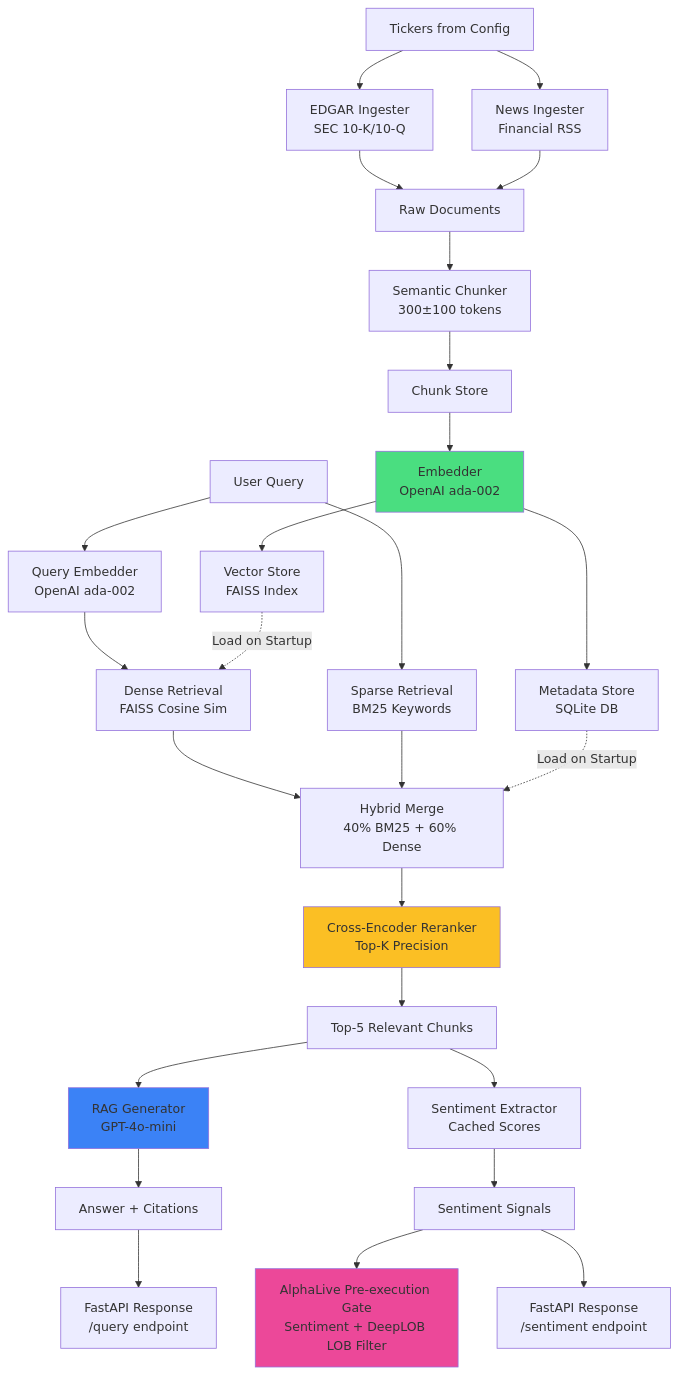
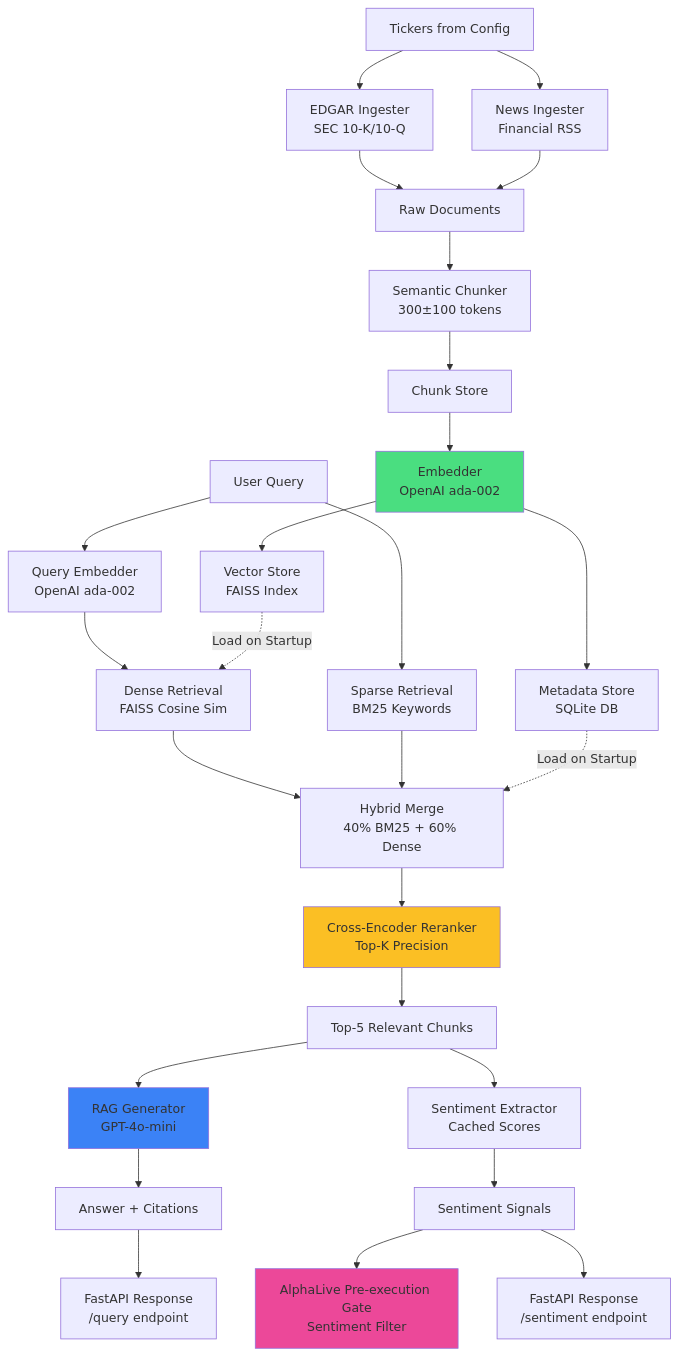
One commit to bernardoguterres/AlphaSignal changed the diagram in README.md. Above: the diagram before and after it, drawn with Mermaid. The commit also changed other lines of this file, not shown here.

Commit message:
docs: remove DeepLOB references (project removed from the system)

````diff
--- a/README.md
+++ b/README.md
@@ -7,35 +7,35 @@
 ```mermaid
 flowchart TD
     A[Tickers from Config] --> B[EDGAR Ingester<br/>SEC 10-K/10-Q]
     A --> C[News Ingester<br/>Financial RSS]
     B --> D[Raw Documents]
     C --> D
     D --> E[Semantic Chunker<br/>300±100 tokens]
     E --> F[Chunk Store]
     F --> G[Embedder<br/>OpenAI ada-002]
     G --> H[Vector Store<br/>FAISS Index]
     G --> I[Metadata Store<br/>SQLite DB]
     
     J[User Query] --> K[Query Embedder<br/>OpenAI ada-002]
     K --> L[Dense Retrieval<br/>FAISS Cosine Sim]
     J --> M[Sparse Retrieval<br/>BM25 Keywords]
     L --> N[Hybrid Merge<br/>40% BM25 + 60% Dense]
     M --> N
     N --> O[Cross-Encoder Reranker<br/>Top-K Precision]
     O --> P[Top-5 Relevant Chunks]
     P --> Q[RAG Generator<br/>GPT-4o-mini]
     P --> R[Sentiment Extractor<br/>Cached Scores]
     Q --> S[Answer + Citations]
     R --> T[Sentiment Signals]
-    T --> U[AlphaLive Pre-execution Gate<br/>Sentiment + DeepLOB LOB Filter]
+    T --> U[AlphaLive Pre-execution Gate<br/>Sentiment Filter]
     S --> V[FastAPI Response<br/>/query endpoint]
     T --> W[FastAPI Response<br/>/sentiment endpoint]
     
     H -.->|Load on Startup| L
     I -.->|Load on Startup| N
     
     style G fill:#4ade80
     style O fill:#fbbf24
     style Q fill:#3b82f6
     style U fill:#ec4899
 ```
````
